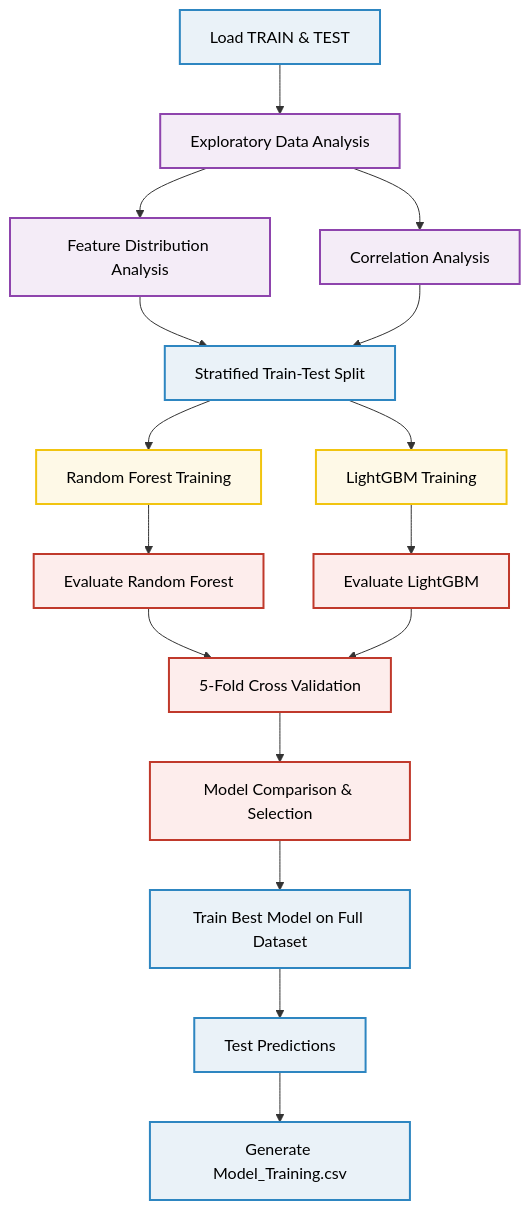
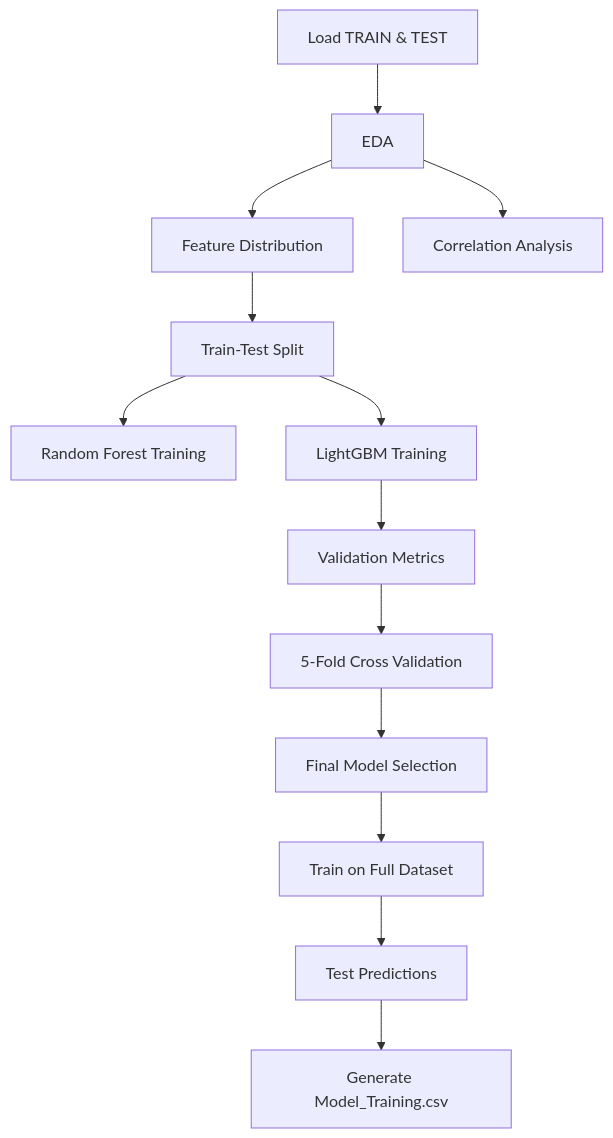
One commit to ankitkumar-09/ML-alriEEEna changed the diagram in README.md. Above: the diagram before and after it, drawn with Mermaid.

````diff
--- a/README.md
+++ b/README.md
@@ -173,37 +173,15 @@
 ```mermaid
 flowchart TD
-
-    A[Load TRAIN & TEST] --> B[Exploratory Data Analysis]
-    B --> C[Feature Distribution Analysis]
+    A[Load TRAIN & TEST] --> B[EDA]
+    B --> C[Feature Distribution]
     B --> D[Correlation Analysis]
-
-    C --> E[Stratified Train-Test Split]
-    D --> E
-
+    C --> E[Train-Test Split]
     E --> F[Random Forest Training]
     E --> G[LightGBM Training]
-
-    F --> H[Evaluate Random Forest]
-    G --> I[Evaluate LightGBM]
-
-    H --> J[5-Fold Cross Validation]
-    I --> J
-
-    J --> K[Model Comparison & Selection]
-    K --> L[Train Best Model on Full Dataset]
-    L --> M[Test Predictions]
-    M --> N[Generate Model_Training.csv]
-
-    %% Color Definitions
-    classDef data fill:#EAF2F8,stroke:#2E86C1,stroke-width:2px,color:#000;
-    classDef eda fill:#F4ECF7,stroke:#8E44AD,stroke-width:2px,color:#000;
-    classDef model fill:#FEF9E7,stroke:#F1C40F,stroke-width:2px,color:#000;
-    classDef eval fill:#FDEDEC,stroke:#C0392B,stroke-width:2px,color:#000;
-    classDef deploy fill:#E8F8F5,stroke:#17A589,stroke-width:2px,color:#000;
-
-    %% Class Assignments
-    class A,E,L,M,N data;
-    class B,C,D eda;
-    class F,G model;
-    class H,I,J,K eval;
-```
+    G --> H[Validation Metrics]
+    H --> I[5-Fold Cross Validation]
+    I --> J[Final Model Selection]
+    J --> K[Train on Full Dataset]
+    K --> L[Test Predictions]
+    L --> M[Generate Model_Training.csv]
+``` 
````
